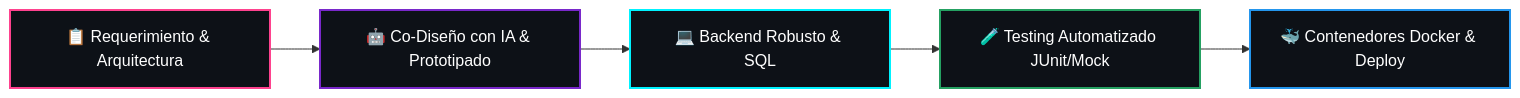
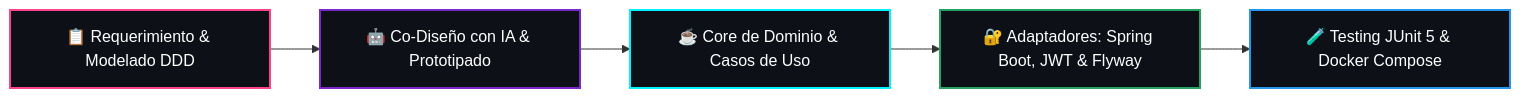
One commit to Leonardo4516/Leonardo4516 changed the diagram in README.md. Above: the diagram before and after it, drawn with Mermaid. The commit also changed other lines of this file, not shown here.

Commit message:
feat(profile): update featured projects with Spring Boot architectures and Java 21 stack

````diff
--- a/README.md
+++ b/README.md
@@ -93,13 +98,13 @@
 ```mermaid
 flowchart LR
-    A[📋 Requerimiento & Arquitectura] --> B[🤖 Co-Diseño con IA & Prototipado]
-    B --> C[💻 Backend Robusto & SQL]
-    C --> D[🧪 Testing Automatizado JUnit/Mock]
-    D --> E[🐳 Contenedores Docker & Deploy]
+    A[📋 Requerimiento & Modelado DDD] --> B[🤖 Co-Diseño con IA & Prototipado]
+    B --> C[☕ Core de Dominio & Casos de Uso]
+    C --> D[🔐 Adaptadores: Spring Boot, JWT & Flyway]
+    D --> E[🧪 Testing JUnit 5 & Docker Compose]
     
     style A fill:#0d1117,stroke:#fe428e,stroke-width:2px,color:#fff
     style B fill:#0d1117,stroke:#7928ca,stroke-width:2px,color:#fff
     style C fill:#0d1117,stroke:#00f2fe,stroke-width:2px,color:#fff
     style D fill:#0d1117,stroke:#25a162,stroke-width:2px,color:#fff
     style E fill:#0d1117,stroke:#2496ed,stroke-width:2px,color:#fff
 ```
````
